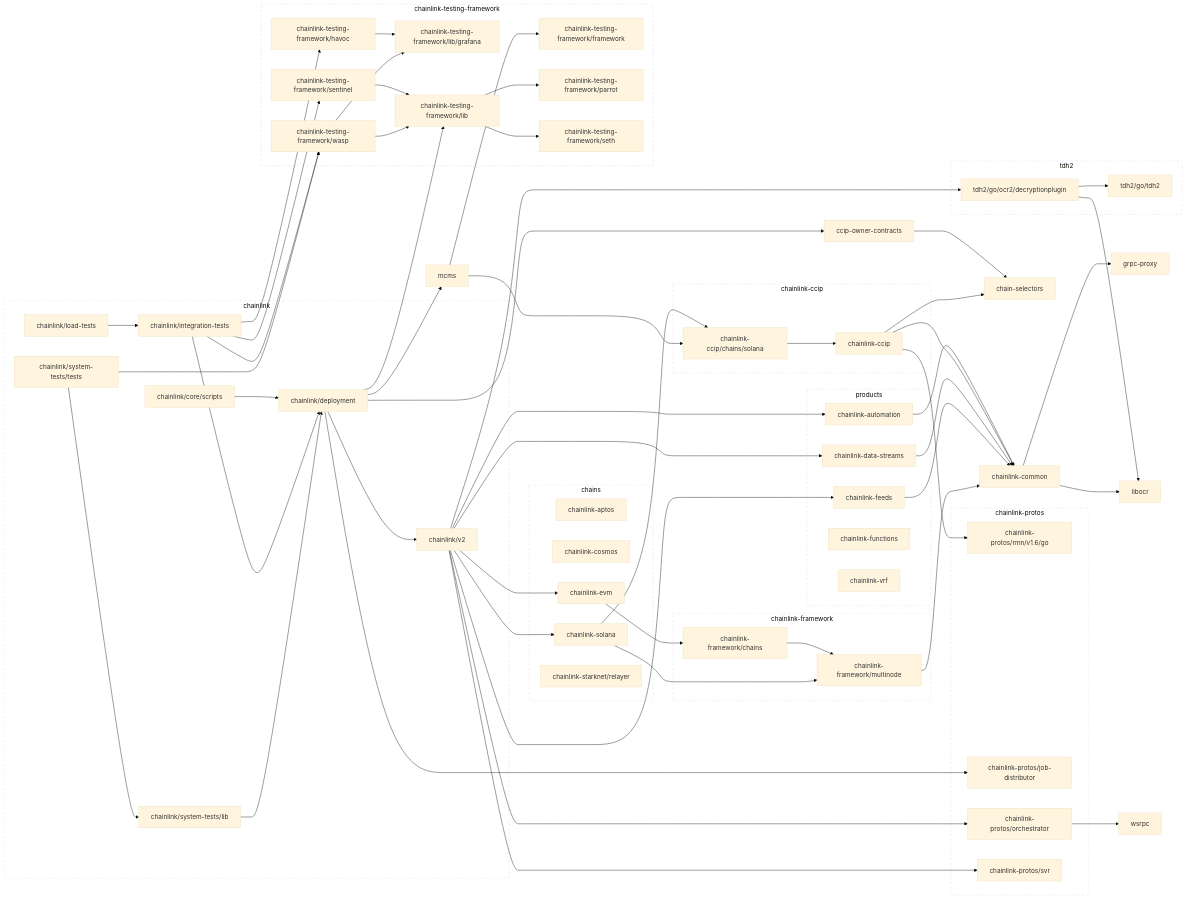
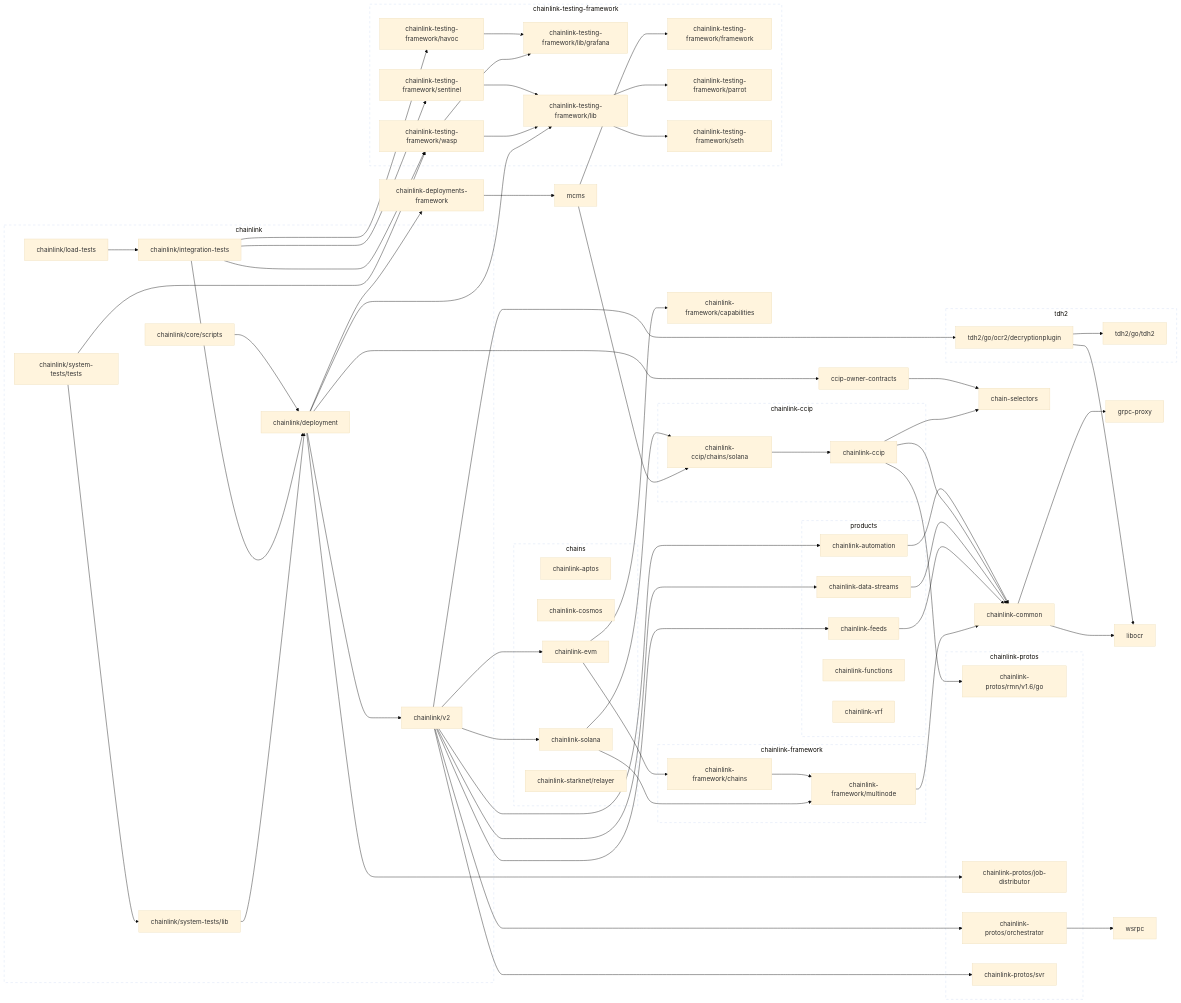
The second of 2 diagrams in go.md (JohnDaWalka/chainlink), drawn with Mermaid (base theme) before and after one commit. The commit also changed 32 other files, not shown here.

```diff
--- a/go.md
+++ b/go.md
@@ -141,6 +141,9 @@
 	click chainlink-common href "https://github.com/smartcontractkit/chainlink-common"
 	chainlink-data-streams --> chainlink-common
 	click chainlink-data-streams href "https://github.com/smartcontractkit/chainlink-data-streams"
+	chainlink-deployments-framework --> mcms
+	click chainlink-deployments-framework href "https://github.com/smartcontractkit/chainlink-deployments-framework"
+	chainlink-evm --> chainlink-framework/capabilities
 	chainlink-evm --> chainlink-framework/chains
 	click chainlink-evm href "https://github.com/smartcontractkit/chainlink-evm"
 	chainlink-feeds --> chainlink-common
@@ -181,10 +184,10 @@
 	chainlink/core/scripts --> chainlink/deployment
 	click chainlink/core/scripts href "https://github.com/smartcontractkit/chainlink"
 	chainlink/deployment --> ccip-owner-contracts
+	chainlink/deployment --> chainlink-deployments-framework
 	chainlink/deployment --> chainlink-protos/job-distributor
 	chainlink/deployment --> chainlink-testing-framework/lib
 	chainlink/deployment --> chainlink/v2
-	chainlink/deployment --> mcms
 	click chainlink/deployment href "https://github.com/smartcontractkit/chainlink"
 	chainlink/integration-tests --> chainlink-testing-framework/havoc
 	chainlink/integration-tests --> chainlink-testing-framework/sentinel
```
